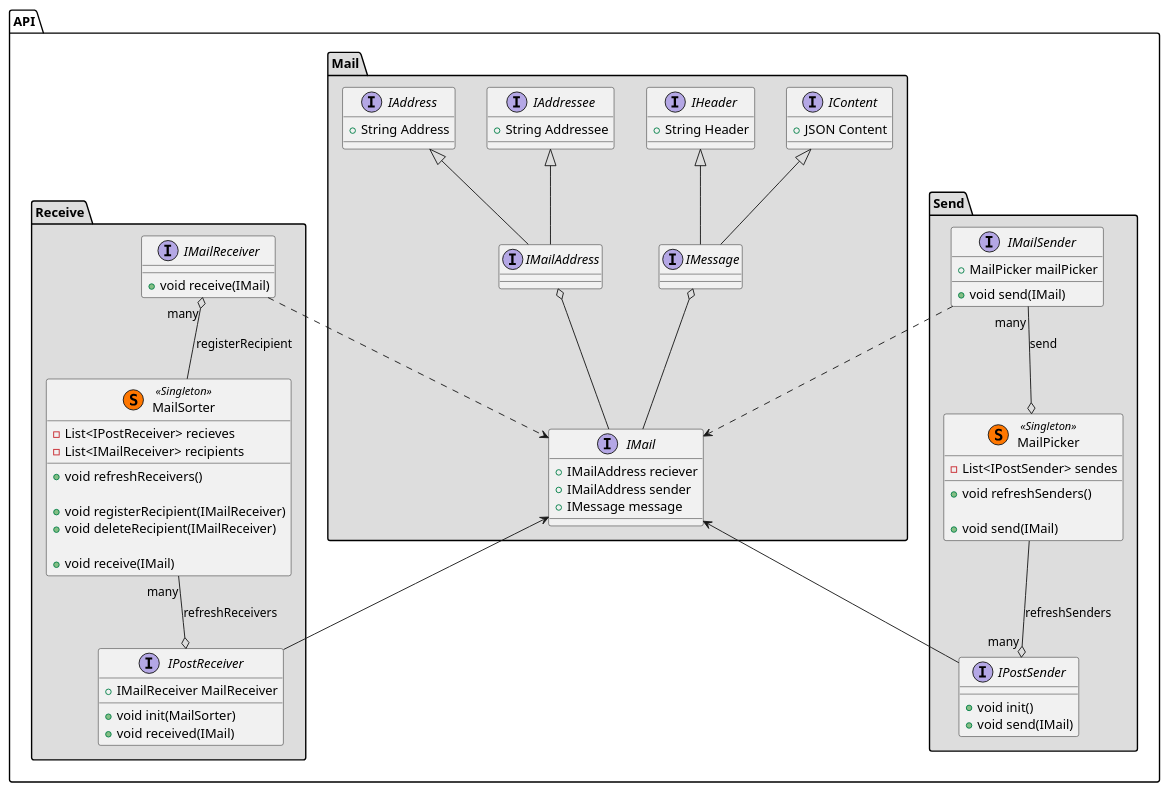
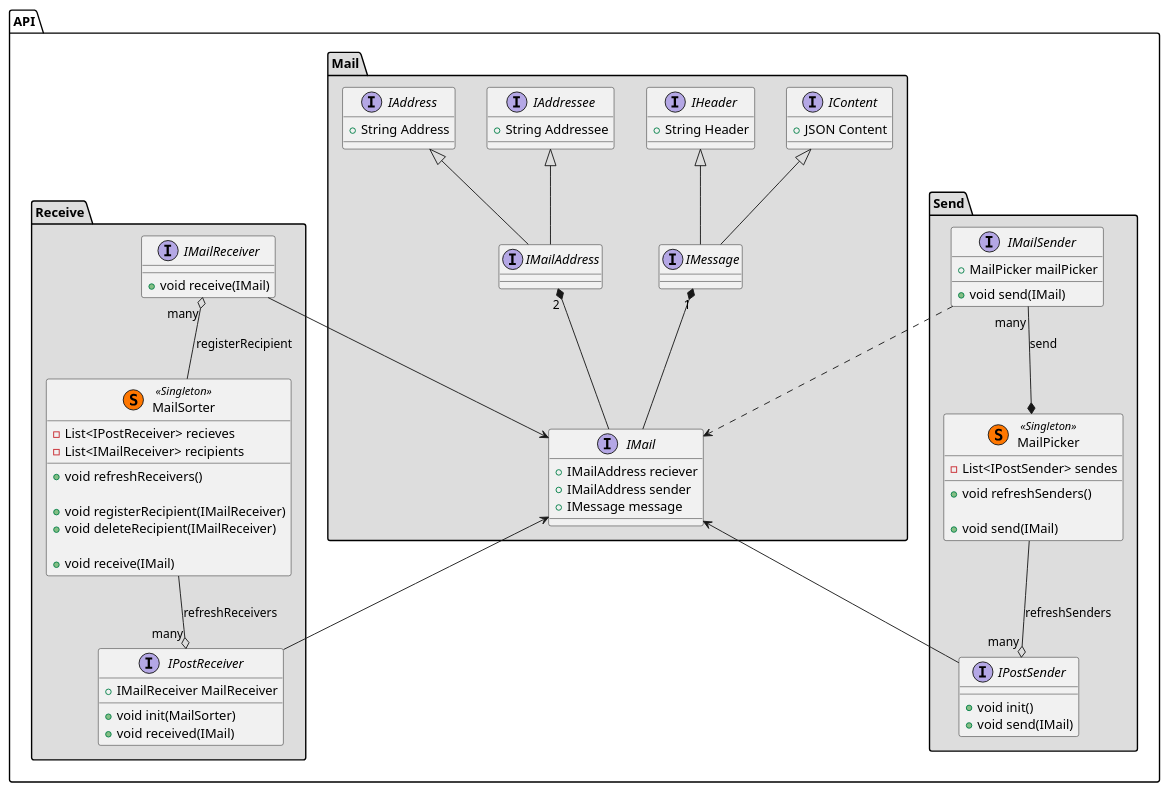
One commit to DenisGeek/soerbot changed the diagram in src/API/Diagram/API.Core.Diagram.puml. Above: the diagram before and after it, drawn with PlantUML.

Commit message:
aggregation\composition fixed

```diff
--- a/src/API/Diagram/API.Core.Diagram.puml
+++ b/src/API/Diagram/API.Core.Diagram.puml
@@ -1,119 +1,119 @@
 @startuml
 scale 1
 ' skinparam classAttributeIconSize 0
 
 namespace API.Mail #DDDDDD {
-    IMailAddress o-- IMail
-    IMessage o-- IMail
+    IMailAddress "2" *-- IMail
+    IMessage "1" *-- IMail
 
     IContent <|-- IMessage
     IHeader <|-- IMessage
     IAddressee <|-- IMailAddress
     IAddress <|-- IMailAddress
 
     interface IAddress
     {
         + String Address 
     }
     interface IAddressee
     {
         + String Addressee
     } 
 
     interface IMailAddress
     {
     }
 
     interface IHeader
     {
         + String Header 
     }
     interface IContent
     {
         + JSON Content
     }
     interface IMessage
     {
     }
     interface IMail
     {
         + IMailAddress reciever
         + IMailAddress sender
         + IMessage message
     }
 }
 
 namespace API.Send #DDDDDD {
     interface IMailSender
     {
         + MailPicker mailPicker
         + void send(IMail)
     }
     class MailPicker << (S,#FF7700) Singleton >>
     {
         - List<IPostSender> sendes
         + void refreshSenders()
 
         + void send(IMail)
     }
     interface IPostSender
     {
         + void init()
         + void send(IMail)
     }
 
     IMailSender ..> API.Mail.IMail
-    IMailSender "many" --o MailPicker :send
+    IMailSender "many" --* MailPicker :send
     MailPicker --o "many" IPostSender :refreshSenders
     API.Mail.IMail <-- IPostSender
 }
 
 
 namespace API.Receive #DDDDDD {
     interface IMailReceiver
     {
         + void receive(IMail)
     }
     class MailSorter << (S,#FF7700) Singleton >>
     {
         - List<IPostReceiver> recieves
         - List<IMailReceiver> recipients
         + void refreshReceivers()
  
         + void registerRecipient(IMailReceiver)
         + void deleteRecipient(IMailReceiver)
 
        + void receive(IMail)
     }
     interface IPostReceiver
     {
         + IMailReceiver MailReceiver
         + void init(MailSorter)
         + void received(IMail)
     }
 
-    IMailReceiver ..> API.Mail.IMail
+    IMailReceiver --> API.Mail.IMail
     IMailReceiver "many" o-- MailSorter : registerRecipient
-    MailSorter "many" --o IPostReceiver : refreshReceivers
+    MailSorter --o "many" IPostReceiver : refreshReceivers
     API.Mail.IMail <-- IPostReceiver
 }
 
 
 
 
 
 
 
 ' interface IMailHandler
 ' {
 ' }
 ' IMailHandler <|-- IMailReceiver
 ' IMailHandler <|-- IMailSender
 
 ' interface IPostHandler
 ' {
 ' }
 ' IPostReceiver --|> IPostHandler
 ' IPostSender  --|> IPostHandler
 
 @enduml
```
